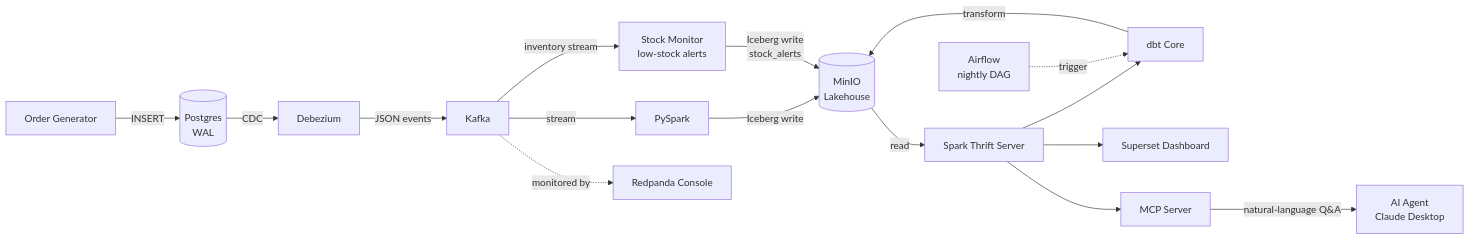
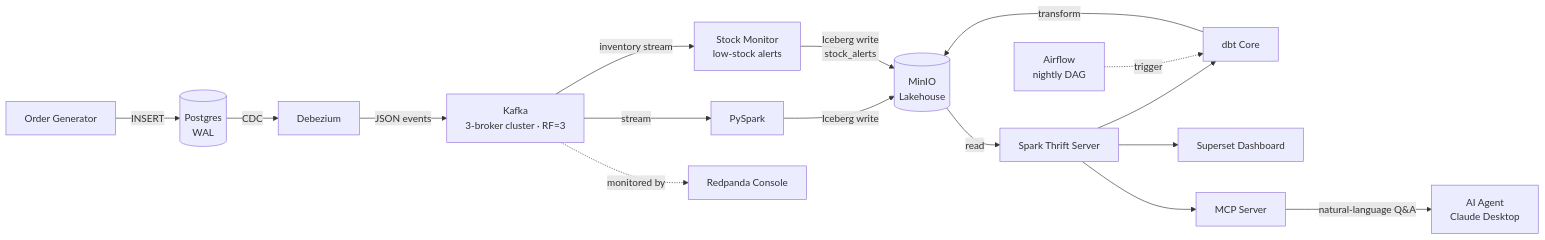
One commit to airdeniz/ecommerce-lakehouse changed the first of 2 diagrams in README.md. Above: the diagram before and after it, drawn with Mermaid. The commit also changed other lines of this file, not shown here.

Commit message:
docs(readme): show Kafka as a 3-broker cluster (br1/br2/br3) in diagrams

````diff
--- a/README.md
+++ b/README.md
@@ -23,19 +23,19 @@
 ```mermaid
 flowchart LR
     GEN[Order Generator] -->|INSERT| PG[(Postgres<br/>WAL)]
     PG -->|CDC| DBZ[Debezium]
-    DBZ -->|JSON events| KAFKA[Kafka]
+    DBZ -->|JSON events| KAFKA[Kafka<br/>3-broker cluster · RF=3]
     KAFKA -->|stream| SPARK[PySpark]
     KAFKA -->|inventory stream| STOCK[Stock Monitor<br/>low-stock alerts]
     SPARK -->|Iceberg write| MINIO[(MinIO<br/>Lakehouse)]
     STOCK -->|Iceberg write<br/>stock_alerts| MINIO
     MINIO -->|read| THRIFT[Spark Thrift Server]
     THRIFT --> DBT[dbt Core]
     DBT -->|transform| MINIO
     AIRFLOW[Airflow<br/>nightly DAG] -.->|trigger| DBT
     THRIFT --> SUPERSET[Superset Dashboard]
     THRIFT --> MCP[MCP Server]
     MCP -->|natural-language Q&A| AGENT[AI Agent<br/>Claude Desktop]
     CONSOLE[Redpanda Console]
     KAFKA -.->|monitored by| CONSOLE
 ```
````
